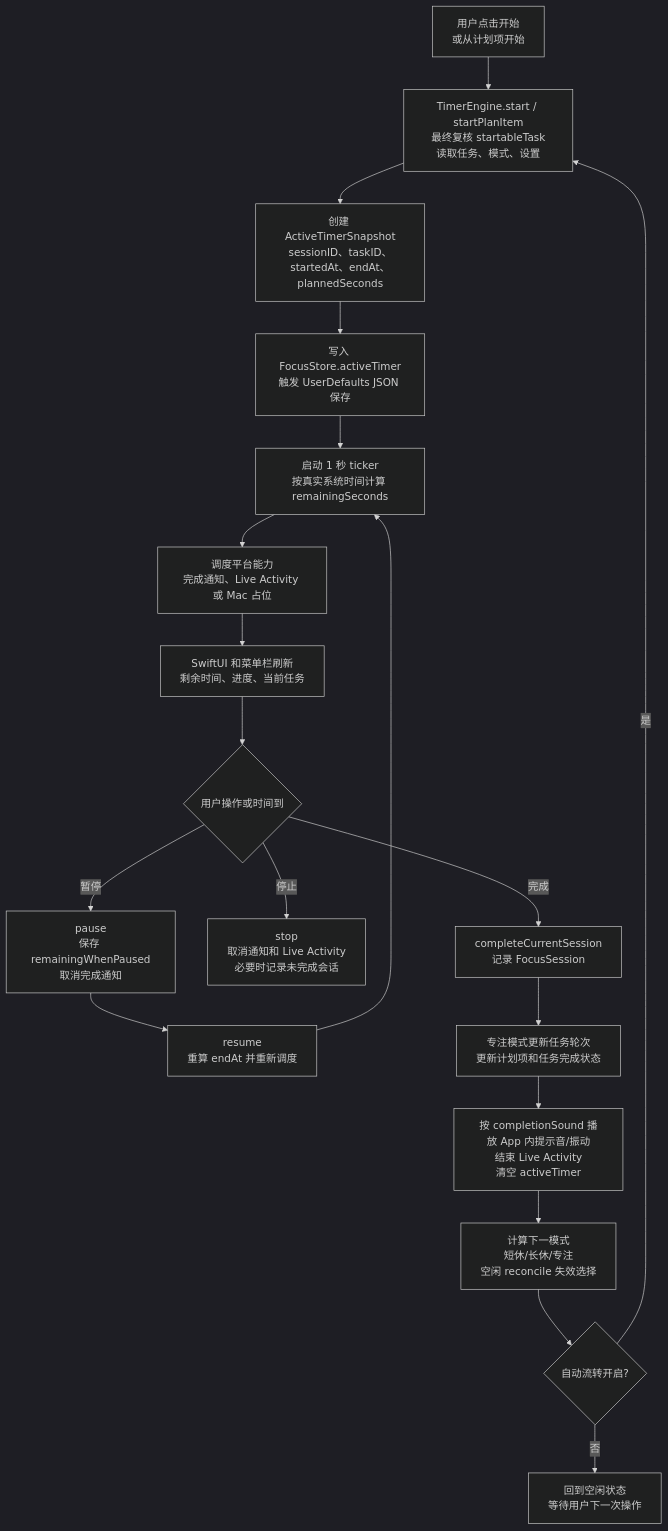
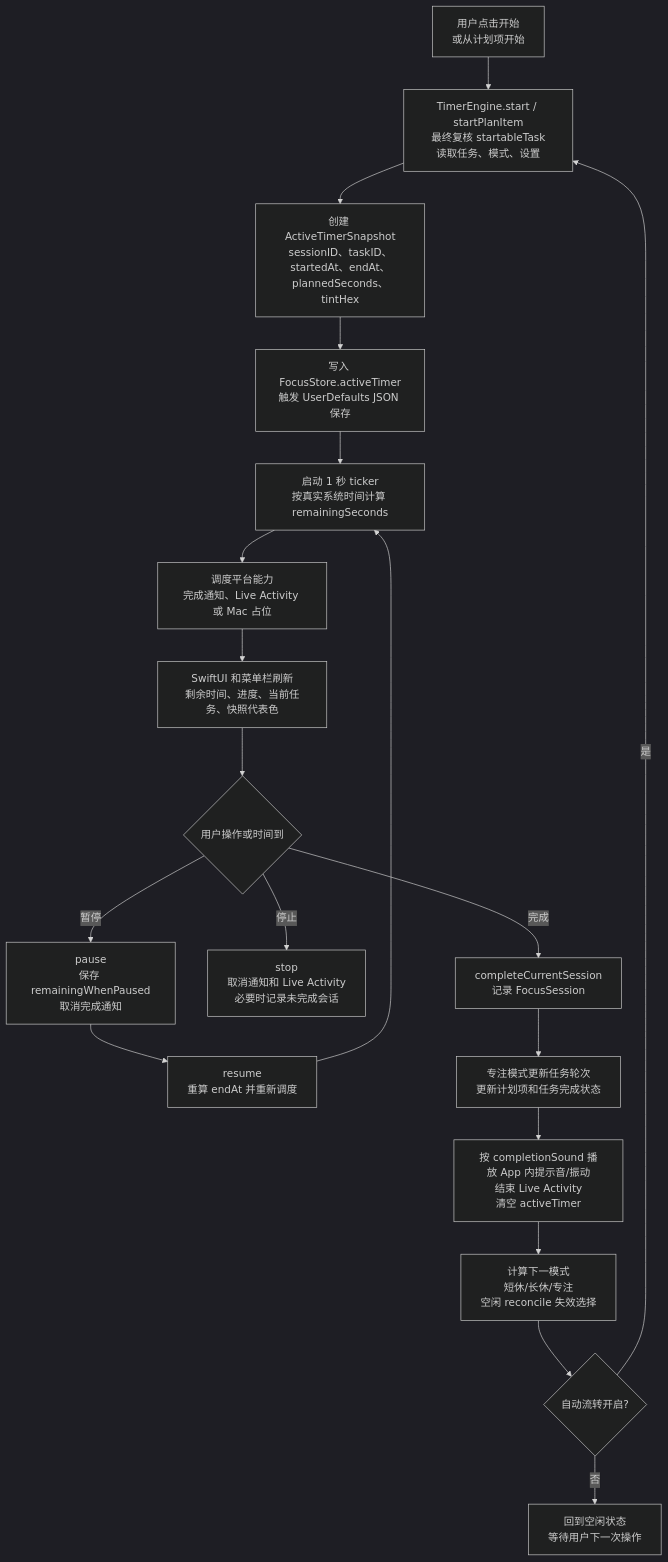
One commit to Altman-sam114/114 changed the second of 6 diagrams in md/flow/flowchart.md. Above: the diagram before and after it, drawn with Mermaid (dark theme). The commit also changed other lines of this file and 28 other files, not shown here.

````diff
--- a/md/flow/flowchart.md
+++ b/md/flow/flowchart.md
@@ -37,21 +38,21 @@
 ```mermaid
 flowchart TD
   A["用户点击开始<br/>或从计划项开始"] --> B["TimerEngine.start / startPlanItem<br/>最终复核 startableTask<br/>读取任务、模式、设置"]
-  B --> C["创建 ActiveTimerSnapshot<br/>sessionID、taskID、startedAt、endAt、plannedSeconds"]
+  B --> C["创建 ActiveTimerSnapshot<br/>sessionID、taskID、startedAt、endAt、plannedSeconds、tintHex"]
   C --> D["写入 FocusStore.activeTimer<br/>触发 UserDefaults JSON 保存"]
   D --> E["启动 1 秒 ticker<br/>按真实系统时间计算 remainingSeconds"]
   E --> F["调度平台能力<br/>完成通知、Live Activity 或 Mac 占位"]
-  F --> G["SwiftUI 和菜单栏刷新<br/>剩余时间、进度、当前任务"]
+  F --> G["SwiftUI 和菜单栏刷新<br/>剩余时间、进度、当前任务、快照代表色"]
   G --> H{"用户操作或时间到"}
   H -->|暂停| I["pause<br/>保存 remainingWhenPaused<br/>取消完成通知"]
   I --> J["resume<br/>重算 endAt 并重新调度"]
   J --> E
   H -->|停止| K["stop<br/>取消通知和 Live Activity<br/>必要时记录未完成会话"]
   H -->|完成| L["completeCurrentSession<br/>记录 FocusSession"]
   L --> M["专注模式更新任务轮次<br/>更新计划项和任务完成状态"]
   M --> N["按 completionSound 播放 App 内提示音/振动<br/>结束 Live Activity<br/>清空 activeTimer"]
   N --> O["计算下一模式<br/>短休/长休/专注<br/>空闲 reconcile 失效选择"]
   O --> P{"自动流转开启?"}
   P -->|是| B
   P -->|否| Q["回到空闲状态<br/>等待用户下一次操作"]
 ```
````
